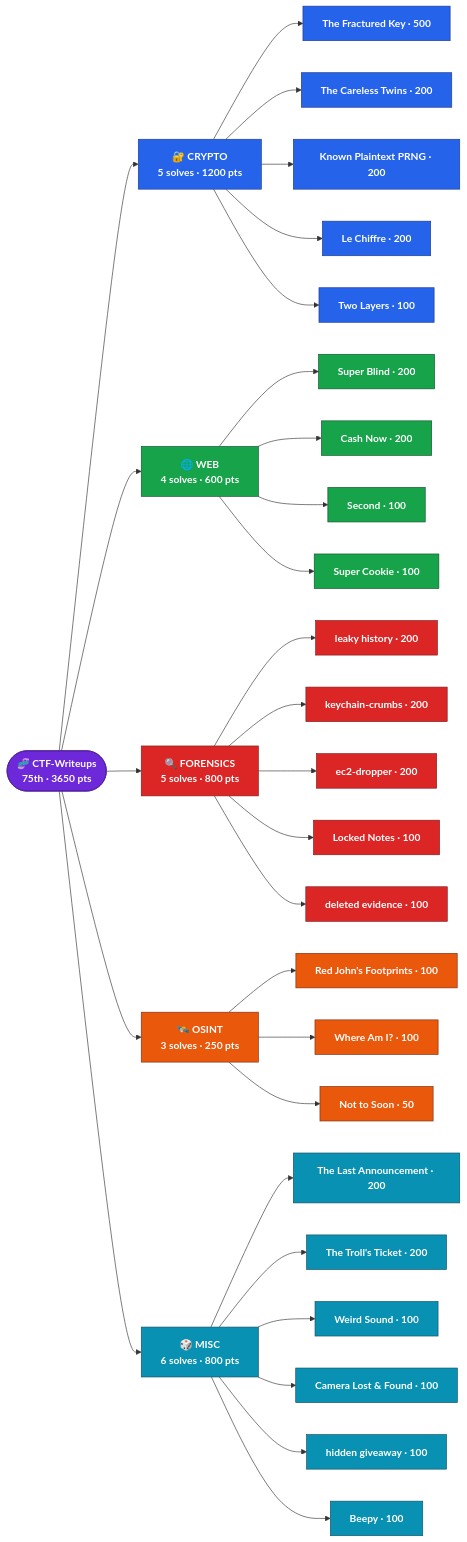
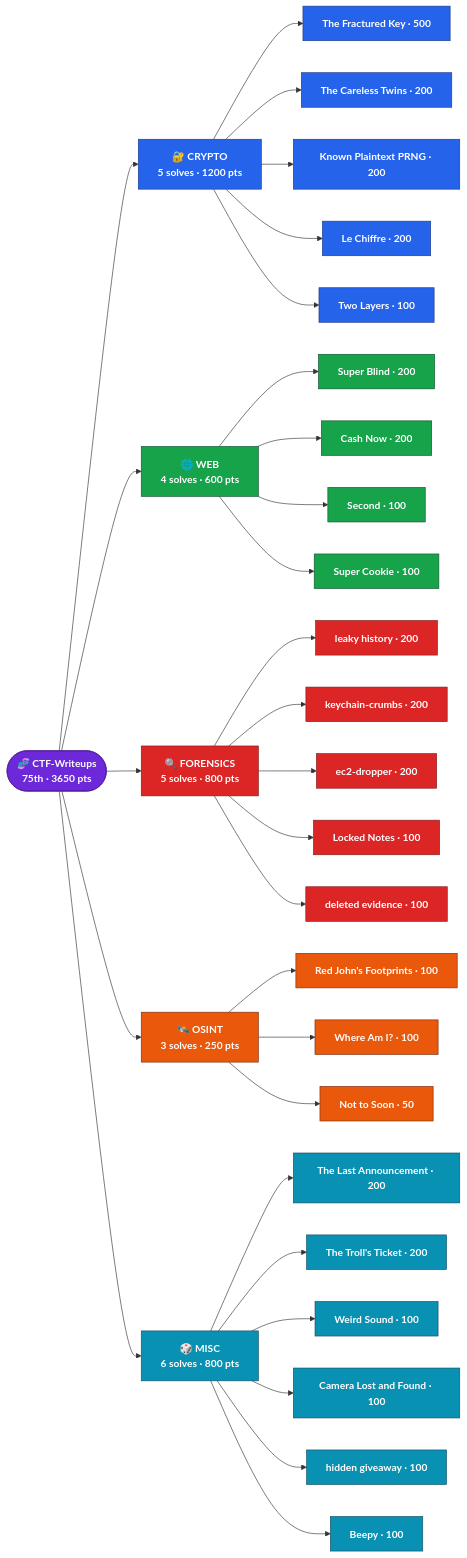
Before and after one commit to anousheh-qureshi/InIt-2026-writeups: the first of 2 diagrams in README.md, drawn with Mermaid. The commit also changed other lines of this file, not shown here.

````diff
--- a/README.md
+++ b/README.md
@@ -21,52 +21,52 @@
 ```mermaid
 flowchart LR
     R(["🧬 CTF-Writeups<br/>75th · 3650 pts"])
 
     R --> C["🔐 CRYPTO<br/>5 solves · 1200 pts"]
     R --> W["🌐 WEB<br/>4 solves · 600 pts"]
     R --> F["🔍 FORENSICS<br/>5 solves · 800 pts"]
     R --> O["🛰️ OSINT<br/>3 solves · 250 pts"]
     R --> M["🎲 MISC<br/>6 solves · 800 pts"]
 
     C --> C1["The Fractured Key · 500"]
     C --> C2["The Careless Twins · 200"]
     C --> C3["Known Plaintext PRNG · 200"]
     C --> C4["Le Chiffre · 200"]
     C --> C5["Two Layers · 100"]
 
     W --> W1["Super Blind · 200"]
     W --> W2["Cash Now · 200"]
     W --> W3["Second · 100"]
     W --> W4["Super Cookie · 100"]
 
     F --> F1["leaky history · 200"]
     F --> F2["keychain-crumbs · 200"]
     F --> F3["ec2-dropper · 200"]
     F --> F4["Locked Notes · 100"]
     F --> F5["deleted evidence · 100"]
 
     O --> O1["Red John's Footprints · 100"]
     O --> O2["Where Am I? · 100"]
     O --> O3["Not to Soon · 50"]
 
     M --> M1["The Last Announcement · 200"]
     M --> M2["The Troll's Ticket · 200"]
     M --> M3["Weird Sound · 100"]
-    M --> M4["Camera Lost & Found · 100"]
+    M --> M4["Camera Lost and Found · 100"]
     M --> M5["hidden giveaway · 100"]
     M --> M6["Beepy · 100"]
 
     classDef root fill:#6d28d9,stroke:#4c1d95,color:#fff,font-weight:bold;
     classDef crypto fill:#2563eb,stroke:#1e3a8a,color:#fff;
     classDef web fill:#16a34a,stroke:#14532d,color:#fff;
     classDef foren fill:#dc2626,stroke:#7f1d1d,color:#fff;
     classDef osint fill:#ea580c,stroke:#7c2d12,color:#fff;
     classDef misc fill:#0891b2,stroke:#164e63,color:#fff;
 
     class R root;
     class C,C1,C2,C3,C4,C5 crypto;
     class W,W1,W2,W3,W4 web;
     class F,F1,F2,F3,F4,F5 foren;
     class O,O1,O2,O3 osint;
     class M,M1,M2,M3,M4,M5,M6 misc;
 ```
````
